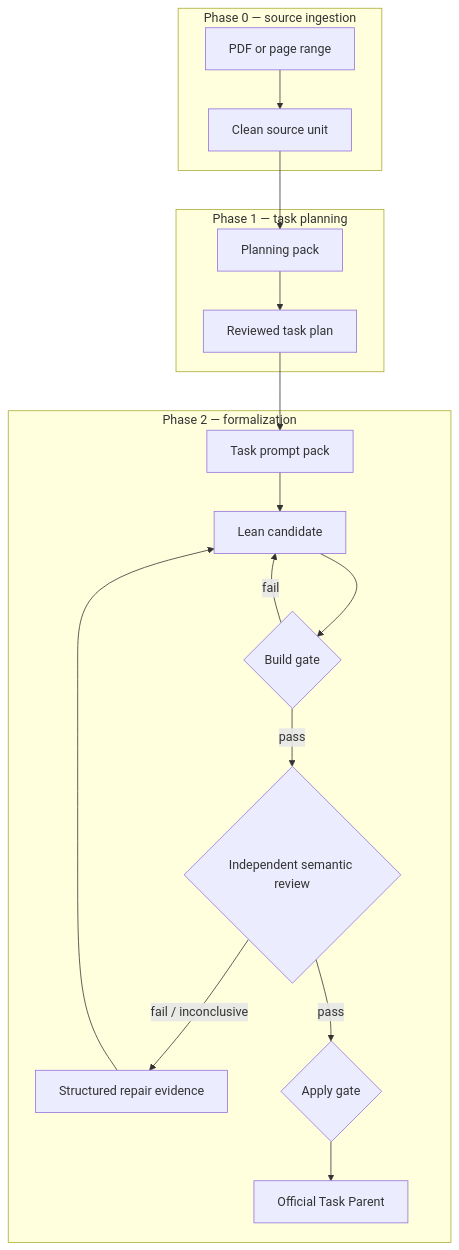
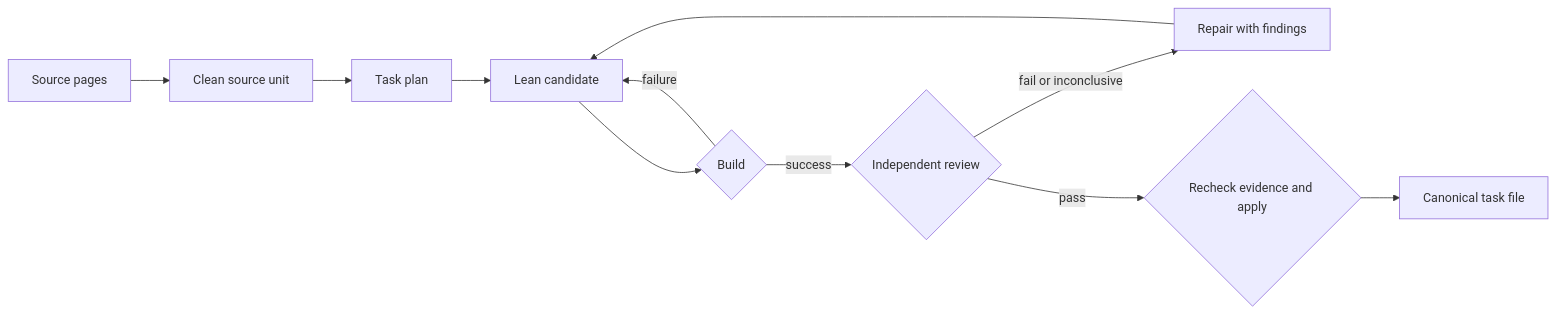
The diagram in docs/architecture.md (Kind-NK-Hill/toy-apollo), drawn with Mermaid before and after one commit. The commit also changed other lines of this file and 1493 other files, not shown here.

````diff
--- a/docs/architecture.md
+++ b/docs/architecture.md
@@ -25,23 +19,13 @@
 ```mermaid
-flowchart TB
-  subgraph P0[Phase 0 — source ingestion]
-    PDF[PDF or page range] --> INPUT[Clean source unit]
-  end
-
-  subgraph P1[Phase 1 — task planning]
-    INPUT --> PACK1[Planning pack]
-    PACK1 --> PLAN[Reviewed task plan]
-  end
-
-  subgraph P2[Phase 2 — formalization]
-    PLAN --> PACK2[Task prompt pack]
-    PACK2 --> CANDIDATE[Lean candidate]
-    CANDIDATE --> BUILD{Build gate}
-    BUILD -- fail --> CANDIDATE
-    BUILD -- pass --> REVIEW{Independent semantic review}
-    REVIEW -- fail / inconclusive --> REPAIR[Structured repair evidence]
-    REPAIR --> CANDIDATE
-    REVIEW -- pass --> APPLY{Apply gate}
-    APPLY --> OUTPUT[Official Task Parent]
-  end
+flowchart LR
+  S[Source pages] --> I[Clean source unit]
+  I --> P[Task plan]
+  P --> C[Lean candidate]
+  C --> B{Build}
+  B -- failure --> C
+  B -- success --> R{Independent review}
+  R -- fail or inconclusive --> F[Repair with findings]
+  F --> C
+  R -- pass --> A{Recheck evidence and apply}
+  A --> O[Canonical task file]
 ```
````
